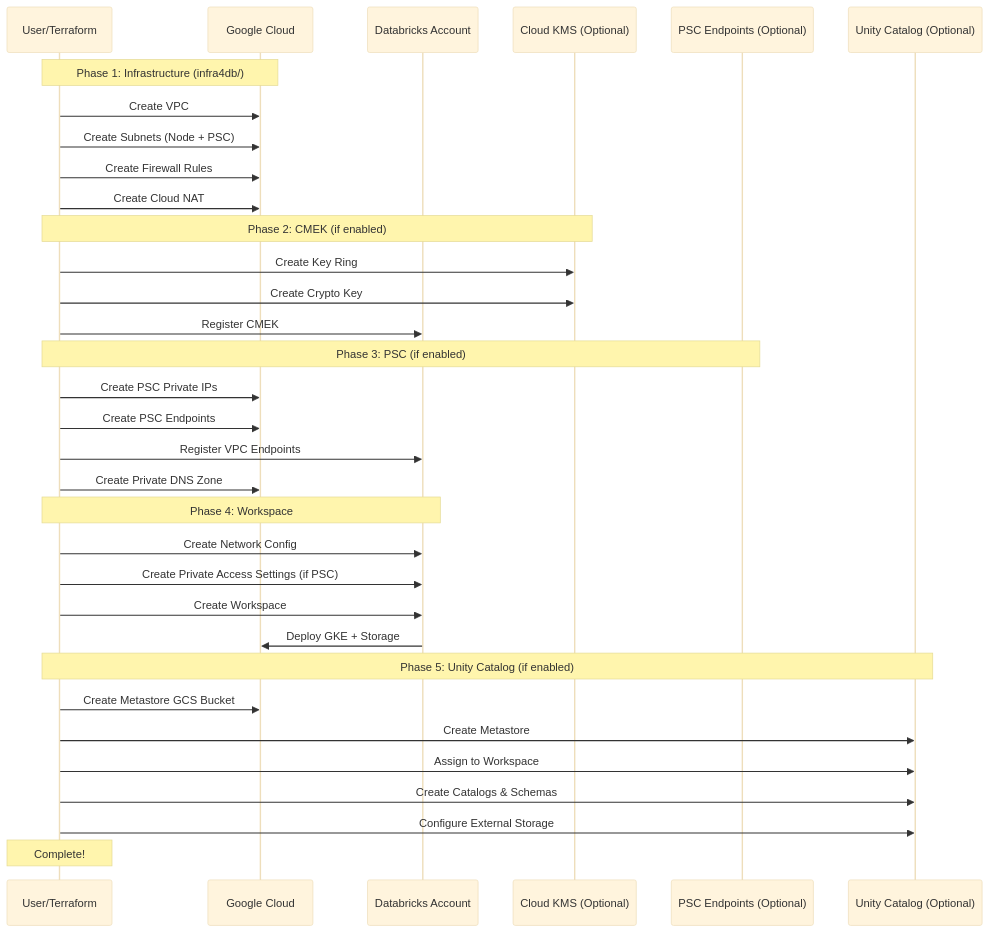
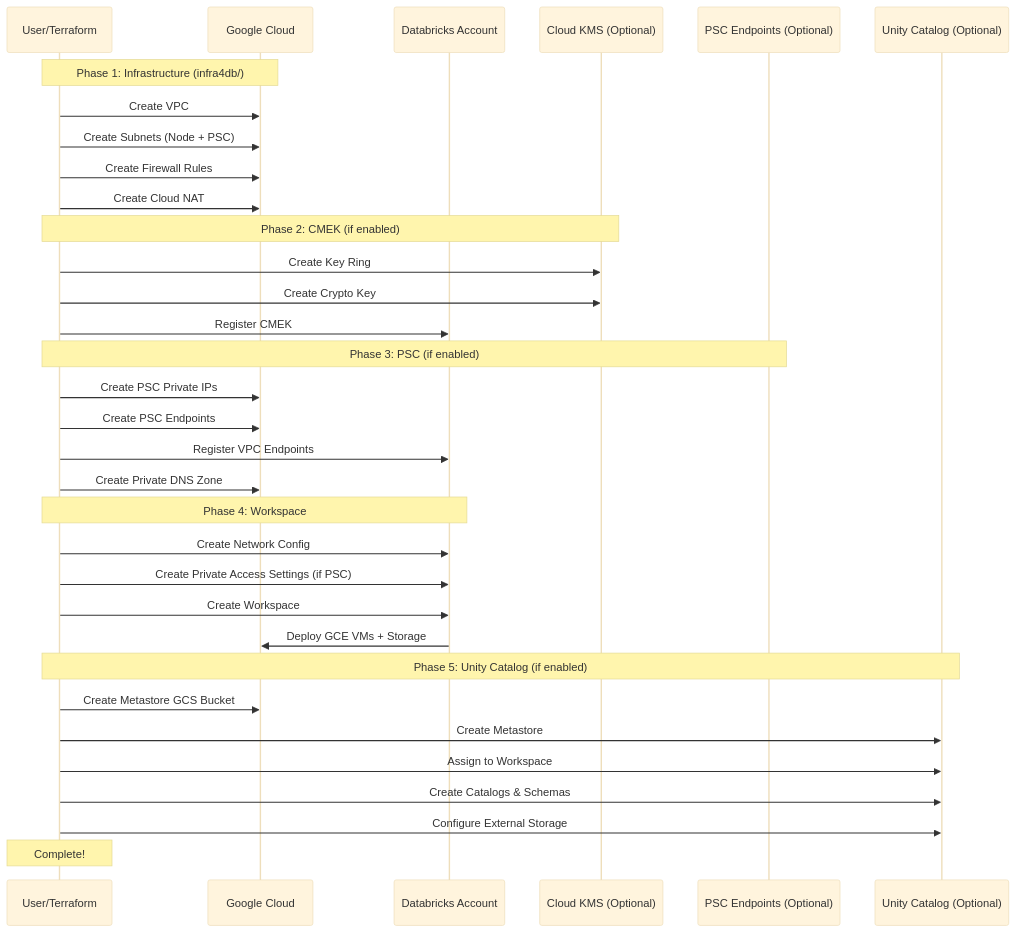
Before and after one commit to bhavink/databricks: diagram 13 of 15 in gcpdb4u/templates/terraform-scripts/readme.md, drawn with Mermaid (base theme). The commit also changed other lines of this file and 11 other files, not shown here.

First line of the commit message:
docs(gcpdb4u): remove GKE refs; classic compute is now GCE-based

````diff
--- a/gcpdb4u/templates/terraform-scripts/readme.md
+++ b/gcpdb4u/templates/terraform-scripts/readme.md
@@ -1089,41 +1089,41 @@
 ```mermaid
 sequenceDiagram
     participant User as User/Terraform
     participant GCP as Google Cloud
     participant DB_ACC as Databricks Account
     participant KMS as Cloud KMS (Optional)
     participant PSC as PSC Endpoints (Optional)
     participant UC as Unity Catalog (Optional)
 
     Note over User,GCP: Phase 1: Infrastructure (infra4db/)
     User->>GCP: Create VPC
     User->>GCP: Create Subnets (Node + PSC)
     User->>GCP: Create Firewall Rules
     User->>GCP: Create Cloud NAT
 
     Note over User,KMS: Phase 2: CMEK (if enabled)
     User->>KMS: Create Key Ring
     User->>KMS: Create Crypto Key
     User->>DB_ACC: Register CMEK
 
     Note over User,PSC: Phase 3: PSC (if enabled)
     User->>GCP: Create PSC Private IPs
     User->>GCP: Create PSC Endpoints
     User->>DB_ACC: Register VPC Endpoints
     User->>GCP: Create Private DNS Zone
 
     Note over User,DB_ACC: Phase 4: Workspace
     User->>DB_ACC: Create Network Config
     User->>DB_ACC: Create Private Access Settings (if PSC)
     User->>DB_ACC: Create Workspace
-    DB_ACC->>GCP: Deploy GKE + Storage
+    DB_ACC->>GCP: Deploy GCE VMs + Storage
 
     Note over User,UC: Phase 5: Unity Catalog (if enabled)
     User->>GCP: Create Metastore GCS Bucket
     User->>UC: Create Metastore
     User->>UC: Assign to Workspace
     User->>UC: Create Catalogs & Schemas
     User->>UC: Configure External Storage
 
     Note over User: Complete!
 ```
````
